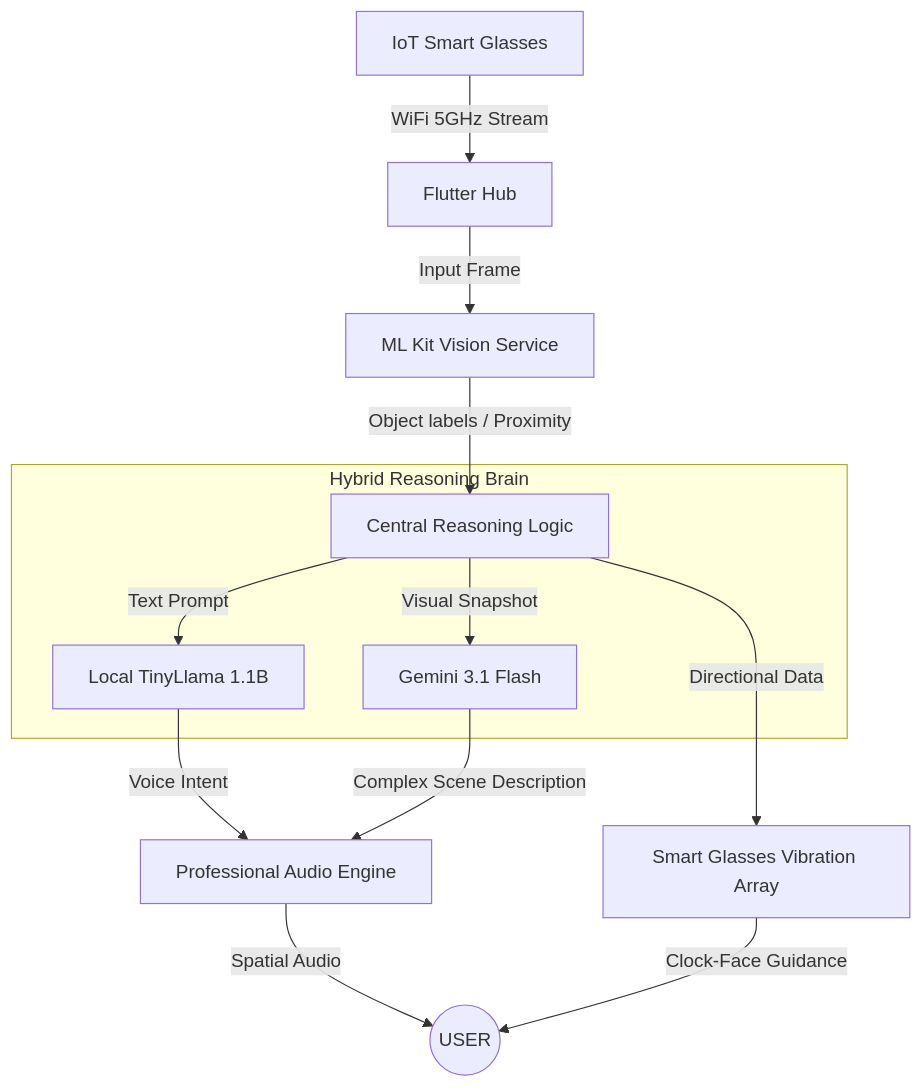
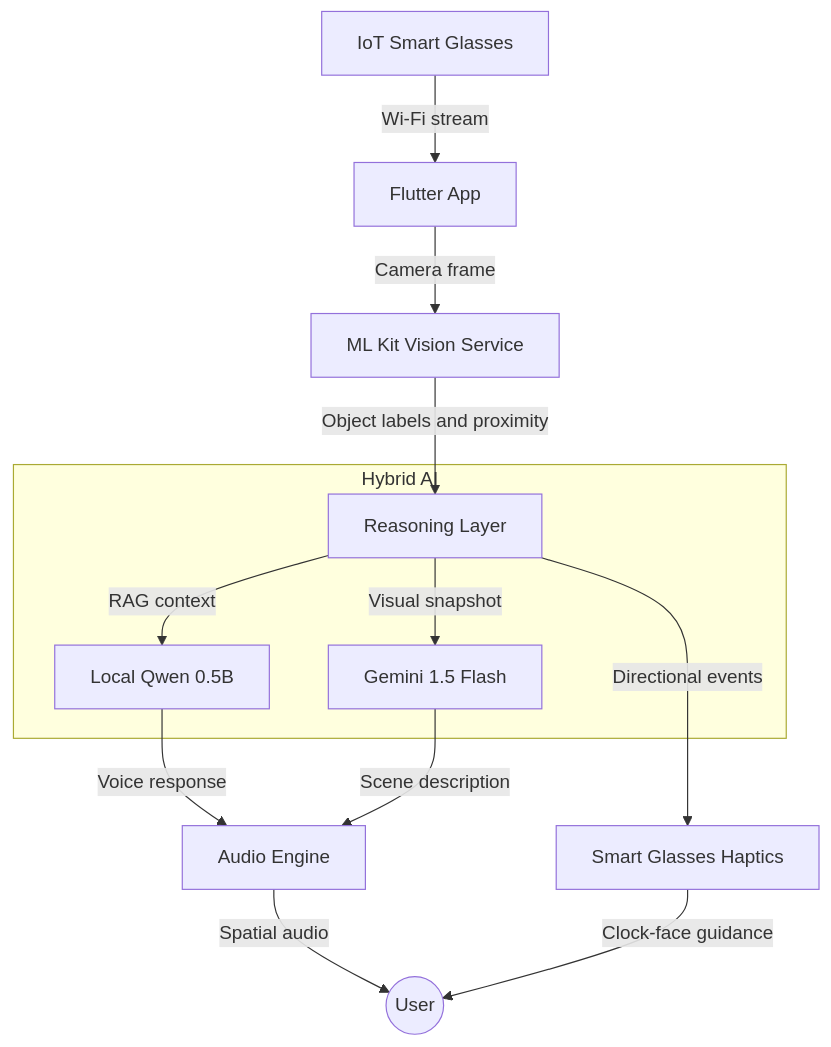
The diagram in README.md (darknecrocities/EasyLense), drawn with Mermaid before and after one commit. The commit also changed other lines of this file and 11 other files, not shown here.

````diff
--- a/README.md
+++ b/README.md
@@ -80,18 +84,18 @@
 ```mermaid
 graph TD
-    Glasses[IoT Smart Glasses] -->|WiFi 5GHz Stream| App[Flutter Hub]
-    App -->|Input Frame| MLKit[ML Kit Vision Service]
-    MLKit -->|Object labels / Proximity| Logic[Central Reasoning Logic]
-    
-    subgraph "Hybrid Reasoning Brain"
-        Logic -->|Text Prompt| TinyLlama[Local TinyLlama 1.1B]
-        Logic -->|Visual Snapshot| Gemini[Gemini 3.1 Flash]
+    Glasses[IoT Smart Glasses] -->|Wi-Fi stream| App[Flutter App]
+    App -->|Camera frame| MLKit[ML Kit Vision Service]
+    MLKit -->|Object labels and proximity| Logic[Reasoning Layer]
+
+    subgraph "Hybrid AI"
+        Logic -->|RAG context| Qwen[Local Qwen 0.5B]
+        Logic -->|Visual snapshot| Gemini[Gemini 1.5 Flash]
     end
-    
-    TinyLlama -->|Voice Intent| TTS[Professional Audio Engine]
-    Gemini -->|Complex Scene Description| TTS
-    Logic -->|Directional Data| Haptics[Smart Glasses Vibration Array]
-    
-    TTS -->|Spatial Audio| User((USER))
-    Haptics -->|Clock-Face Guidance| User
+
+    Qwen -->|Voice response| TTS[Audio Engine]
+    Gemini -->|Scene description| TTS
+    Logic -->|Directional events| Haptics[Smart Glasses Haptics]
+
+    TTS -->|Spatial audio| User((User))
+    Haptics -->|Clock-face guidance| User
 ```
````
